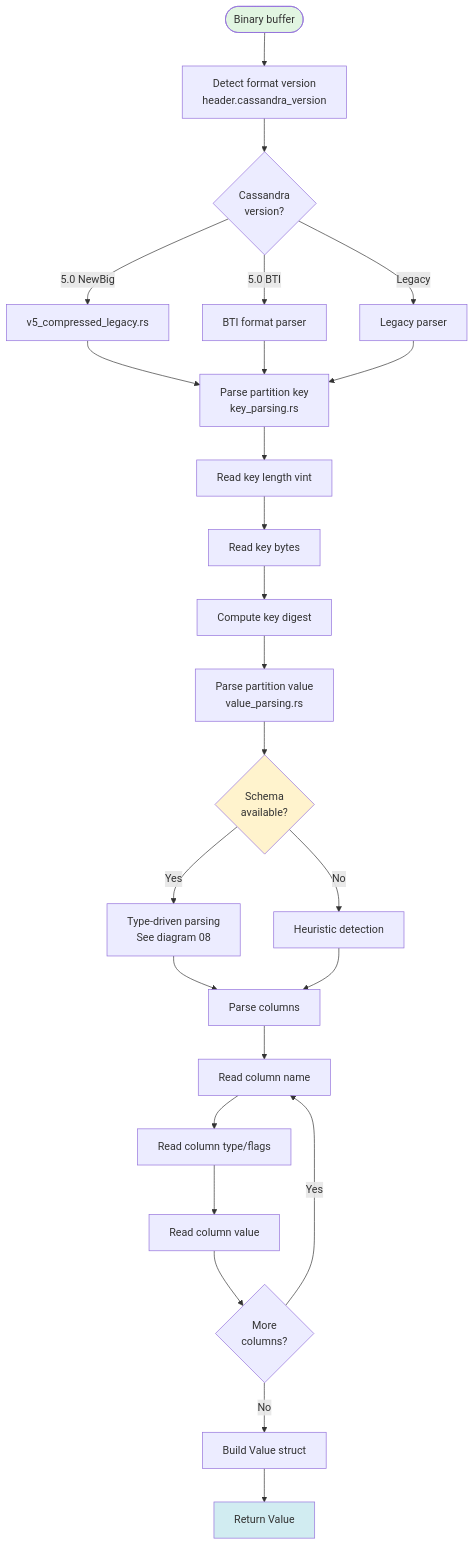
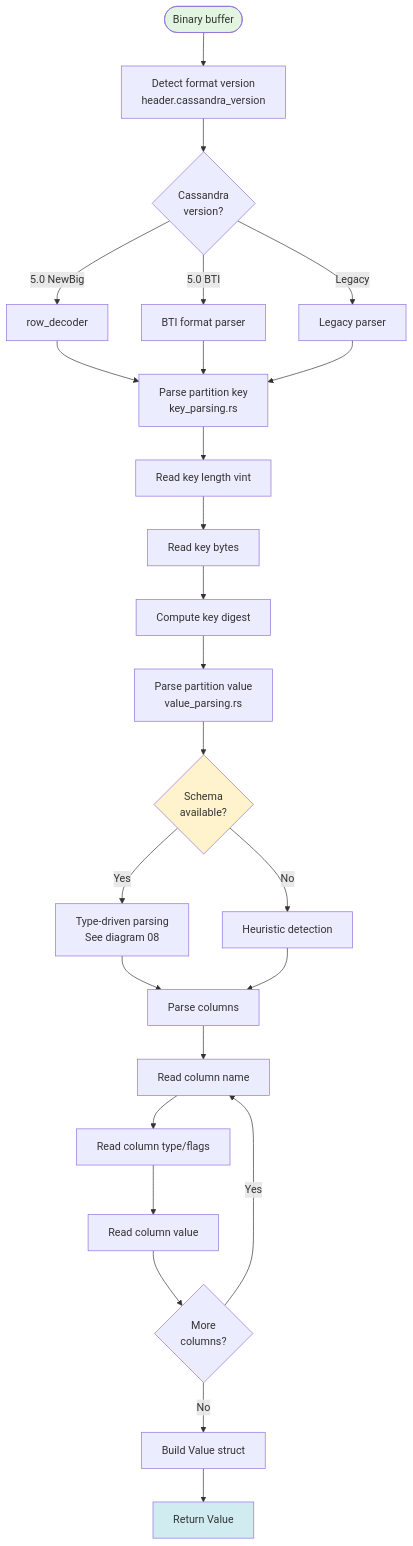
The first of 2 diagrams in docs/read-path/07-data-parsing.md (pmcfadin/cqlite), drawn with Mermaid before and after one commit. The commit also changed other lines of this file and 32 other files, not shown here.

First line of the commit message:
docs(#1656): update non-rust references for row_decoder rename

````diff
--- a/docs/read-path/07-data-parsing.md
+++ b/docs/read-path/07-data-parsing.md
@@ -22,43 +22,43 @@
 ```mermaid
 flowchart TD
     Start([Binary buffer]) --> DetectFormat[Detect format version\nheader.cassandra_version]
     
     DetectFormat --> V5{Cassandra\nversion?}
     
-    V5 -->|5.0 NewBig| V5NewBig[v5_compressed_legacy.rs]
+    V5 -->|5.0 NewBig| V5NewBig[row_decoder]
     V5 -->|5.0 BTI| V5BTI[BTI format parser]
     V5 -->|Legacy| LegacyParser[Legacy parser]
     
     V5NewBig --> ParseKey[Parse partition key\nkey_parsing.rs]
     V5BTI --> ParseKey
     LegacyParser --> ParseKey
     
     ParseKey --> ReadKeyLen[Read key length vint]
     ReadKeyLen --> ReadKeyData[Read key bytes]
     ReadKeyData --> KeyDigest[Compute key digest]
     
     KeyDigest --> ParseValue[Parse partition value\nvalue_parsing.rs]
     
     ParseValue --> SchemaCheck{Schema\navailable?}
     
     SchemaCheck -->|Yes| TypeDriven[Type-driven parsing\nSee diagram 08]
     SchemaCheck -->|No| Heuristic[Heuristic detection]
     
     TypeDriven --> ParseCols[Parse columns]
     Heuristic --> ParseCols
     
     ParseCols --> ReadColName[Read column name]
     ReadColName --> ReadColType[Read column type/flags]
     ReadColType --> ReadColValue[Read column value]
     
     ReadColValue --> MoreCols{More\ncolumns?}
     
     MoreCols -->|Yes| ReadColName
     MoreCols -->|No| BuildValue[Build Value struct]
     
     BuildValue --> Result[Return Value]
     
     style Start fill:#e1f5e1
     style Result fill:#d1ecf1
     style SchemaCheck fill:#fff3cd
 ```
````
